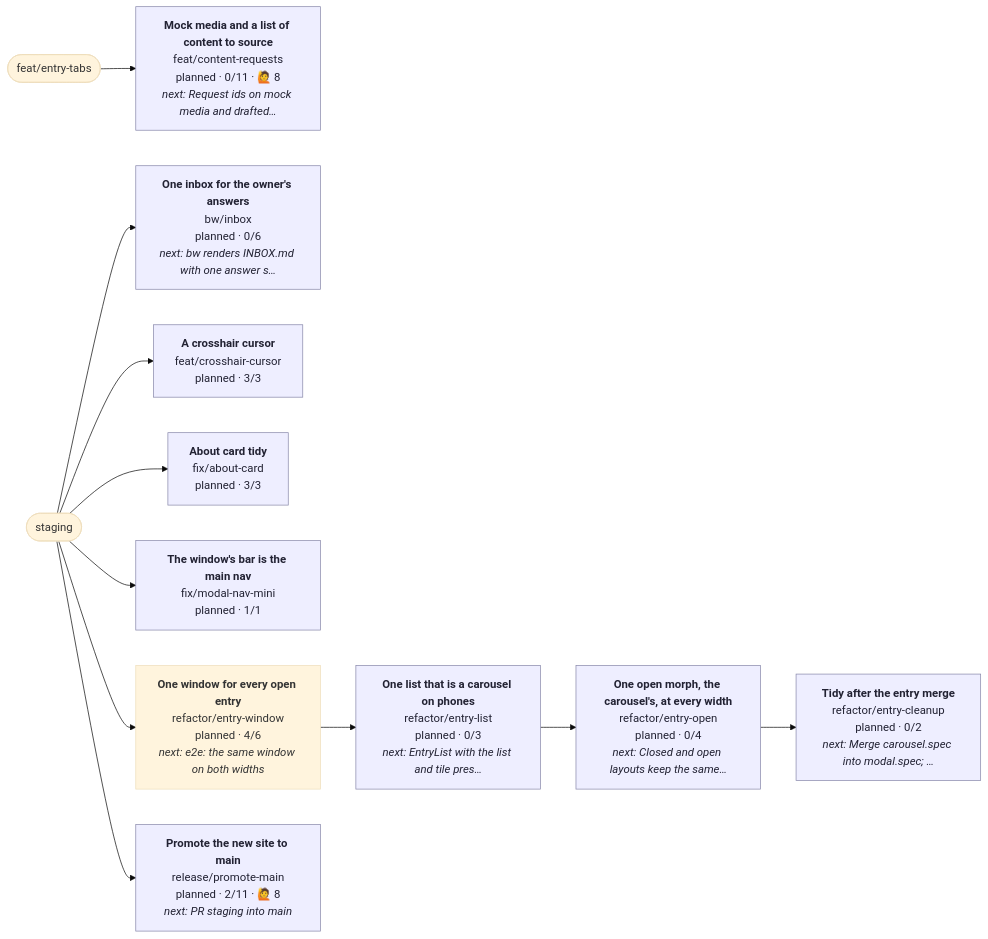
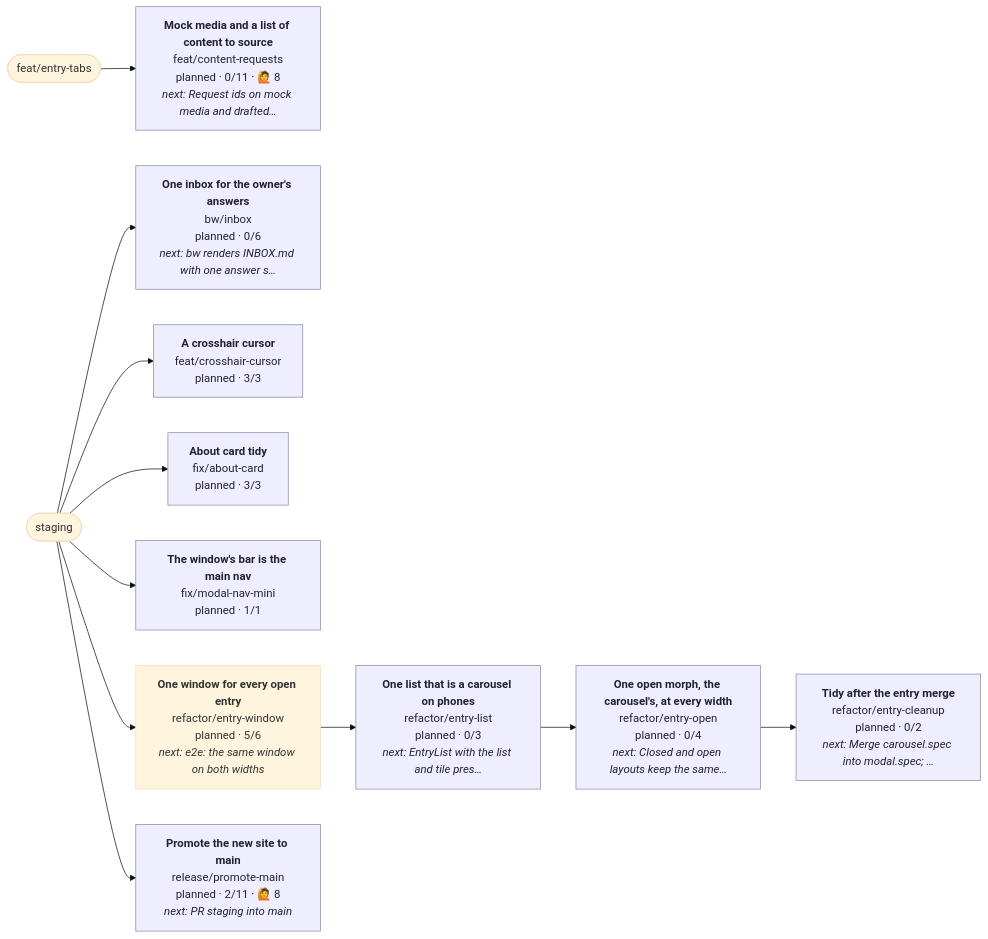
One commit to henryjonescodes/portfolio changed the diagram in CONTRIBUTING.md. Above: the diagram before and after it, drawn with Mermaid (base theme). The commit also changed other lines of this file, not shown here.

````diff
--- a/CONTRIBUTING.md
+++ b/CONTRIBUTING.md
@@ -17,40 +17,40 @@
 ```mermaid
 flowchart LR
   n_staging([staging])
   n_feat_entry_tabs([feat/entry-tabs])
   n_bw_inbox["<b>One inbox for the owner's answers</b><br/>bw/inbox<br/>planned · 0/6<br/><i>next: bw renders INBOX.md with one answer s…</i>"]
   class n_bw_inbox planned
   n_staging --> n_bw_inbox
   n_feat_content_requests["<b>Mock media and a list of content to source</b><br/>feat/content-requests<br/>planned · 0/11 · 🙋 8<br/><i>next: Request ids on mock media and drafted…</i>"]
   class n_feat_content_requests planned
   n_feat_entry_tabs --> n_feat_content_requests
   n_feat_crosshair_cursor["<b>A crosshair cursor</b><br/>feat/crosshair-cursor<br/>planned · 3/3"]
   class n_feat_crosshair_cursor planned
   n_staging --> n_feat_crosshair_cursor
   n_fix_about_card["<b>About card tidy</b><br/>fix/about-card<br/>planned · 3/3"]
   class n_fix_about_card planned
   n_staging --> n_fix_about_card
   n_fix_modal_nav_mini["<b>The window's bar is the main nav</b><br/>fix/modal-nav-mini<br/>planned · 1/1"]
   class n_fix_modal_nav_mini planned
   n_staging --> n_fix_modal_nav_mini
   n_refactor_entry_cleanup["<b>Tidy after the entry merge</b><br/>refactor/entry-cleanup<br/>planned · 0/2<br/><i>next: Merge carousel.spec into modal.spec; …</i>"]
   class n_refactor_entry_cleanup planned
   n_refactor_entry_open --> n_refactor_entry_cleanup
   n_refactor_entry_list["<b>One list that is a carousel on phones</b><br/>refactor/entry-list<br/>planned · 0/3<br/><i>next: EntryList with the list and tile pres…</i>"]
   class n_refactor_entry_list planned
   n_refactor_entry_window --> n_refactor_entry_list
   n_refactor_entry_open["<b>One open morph, the carousel's, at every width</b><br/>refactor/entry-open<br/>planned · 0/4<br/><i>next: Closed and open layouts keep the same…</i>"]
   class n_refactor_entry_open planned
   n_refactor_entry_list --> n_refactor_entry_open
-  n_refactor_entry_window["<b>One window for every open entry</b><br/>refactor/entry-window<br/>planned · 4/6<br/><i>next: e2e: the same window on both widths</i>"]
+  n_refactor_entry_window["<b>One window for every open entry</b><br/>refactor/entry-window<br/>planned · 5/6<br/><i>next: e2e: the same window on both widths</i>"]
   class n_refactor_entry_window planned,current
   n_staging --> n_refactor_entry_window
   n_release_promote_main["<b>Promote the new site to main</b><br/>release/promote-main<br/>planned · 2/11 · 🙋 8<br/><i>next: PR staging into main</i>"]
   class n_release_promote_main planned
   n_staging --> n_release_promote_main
   classDef planned fill:#eef,stroke:#88a,color:#223
   classDef active fill:#dfd,stroke:#3a3,stroke-width:3px,color:#132
   classDef blocked fill:#fdd,stroke:#c33,color:#311
   classDef review fill:#ffd,stroke:#cc3,color:#331
   classDef current stroke:#06c,stroke-width:4px
 ```
````
